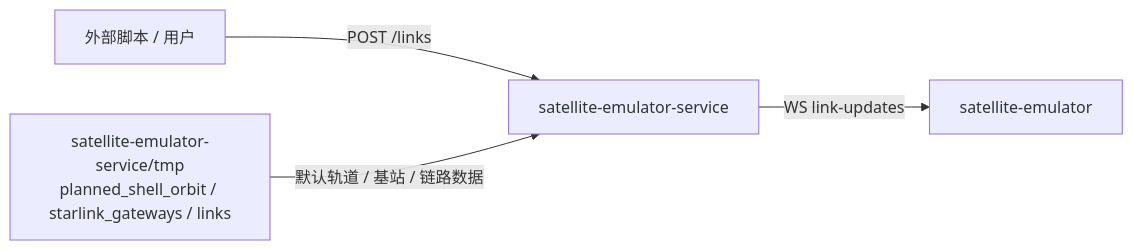
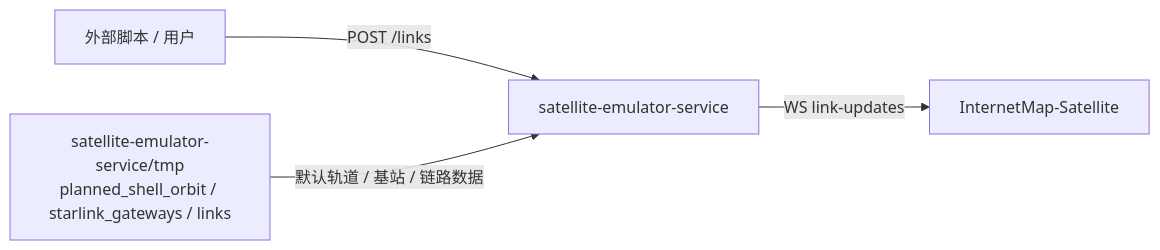
The diagram in docs/satellite-emulator-service.md (cy-gitlab/seed-visualization), drawn with Mermaid before and after one commit. The commit also changed other lines of this file and 57 other files, not shown here.

````diff
--- a/docs/satellite-emulator-service.md
+++ b/docs/satellite-emulator-service.md
@@ -22,12 +22,12 @@
 ```mermaid
 %%{init: {"flowchart": {"useMaxWidth": true, "htmlLabels": true}} }%%
 flowchart LR
-  Frontend["satellite-emulator"]
+  Frontend["InternetMap-Satellite"]
   API["satellite-emulator-service"]
   Tmp["satellite-emulator-service/tmp<br/>planned_shell_orbit / starlink_gateways / links"]
   External["外部脚本 / 用户"]
 
   External -->|"POST /links"| API
   Tmp -->|"默认轨道 / 基站 / 链路数据"| API
   API -->|"WS link-updates"| Frontend
 ```
````
